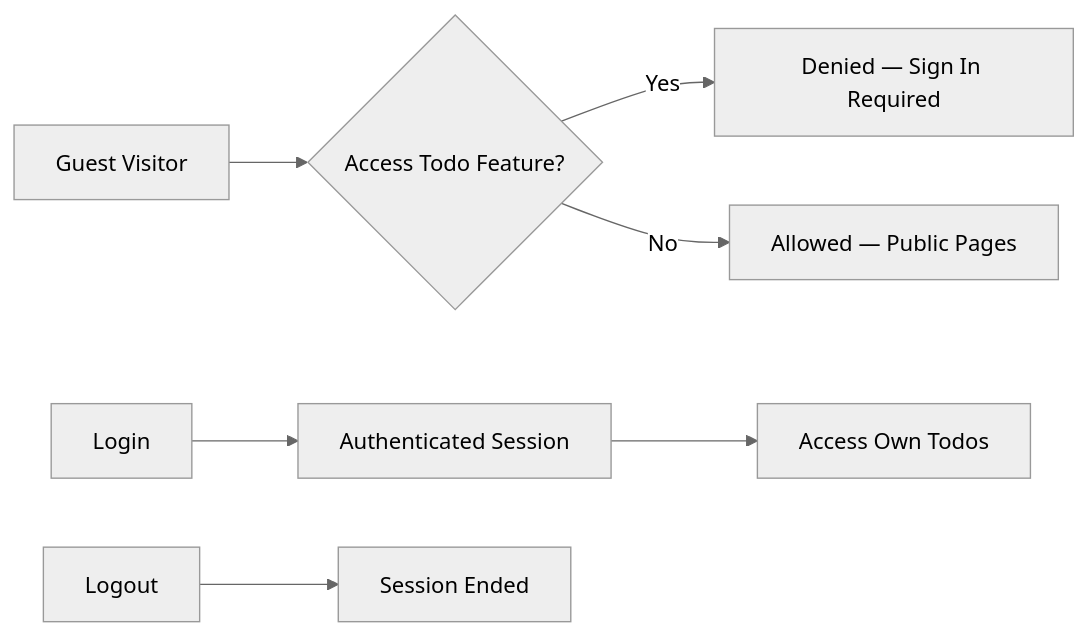
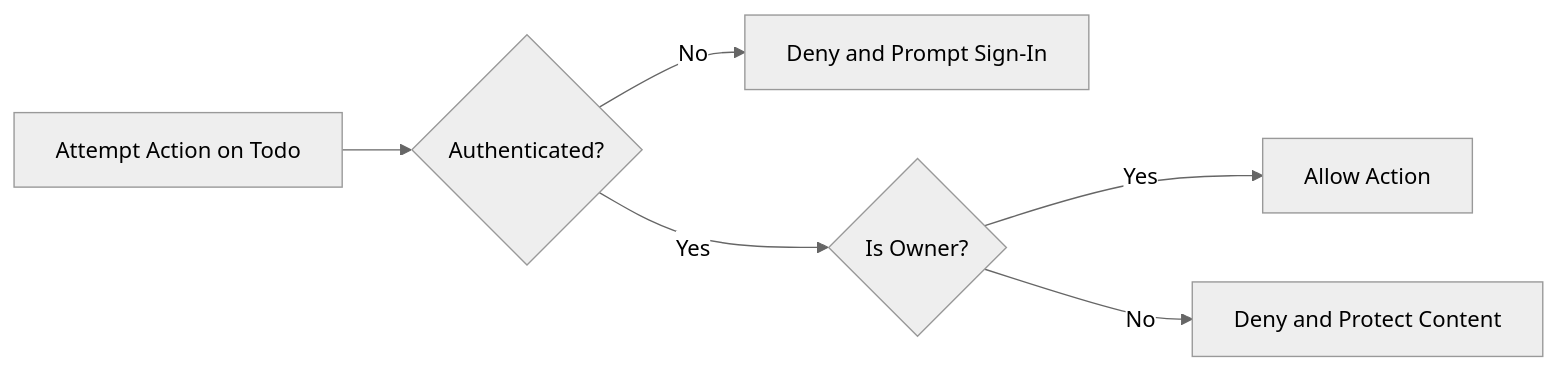
One commit to wrtnlabs/autobe-example-todo-openai-gpt-5 changed the third of 4 diagrams in docs/analysis/00-toc.md. Above: the diagram before and after it, drawn with Mermaid (neutral theme). The commit also changed other lines of this file and 957 other files, not shown here.

````diff
--- a/docs/analysis/00-toc.md
+++ b/docs/analysis/00-toc.md
@@ -243,9 +84,8 @@
 ```mermaid
 graph LR
-  G["Guest Visitor"] --> Q{"Access Todo Feature?"}
-  Q -->|"Yes"| R["Denied — Sign In Required"]
-  Q -->|"No"| P["Allowed — Public Pages"]
-  A["Login"] --> B["Authenticated Session"]
-  B --> L2["Access Own Todos"]
-  O["Logout"] --> X["Session Ended"]
+  X["Attempt Action on Todo"] --> Y{"Authenticated?"}
+  Y -->|"No"| Z["Deny and Prompt Sign-In"]
+  Y -->|"Yes"| O{"Is Owner?"}
+  O -->|"Yes"| P["Allow Action"]
+  O -->|"No"| Q["Deny and Protect Content"]
 ```
````
